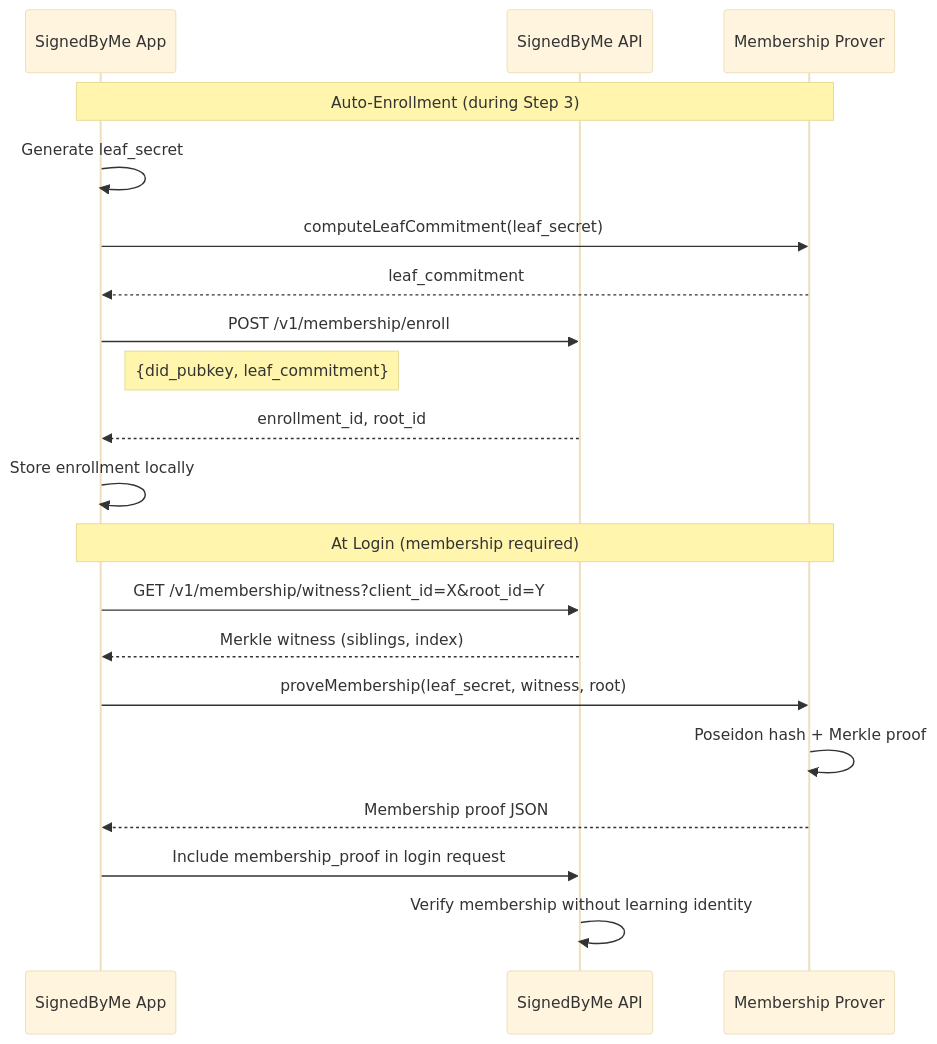
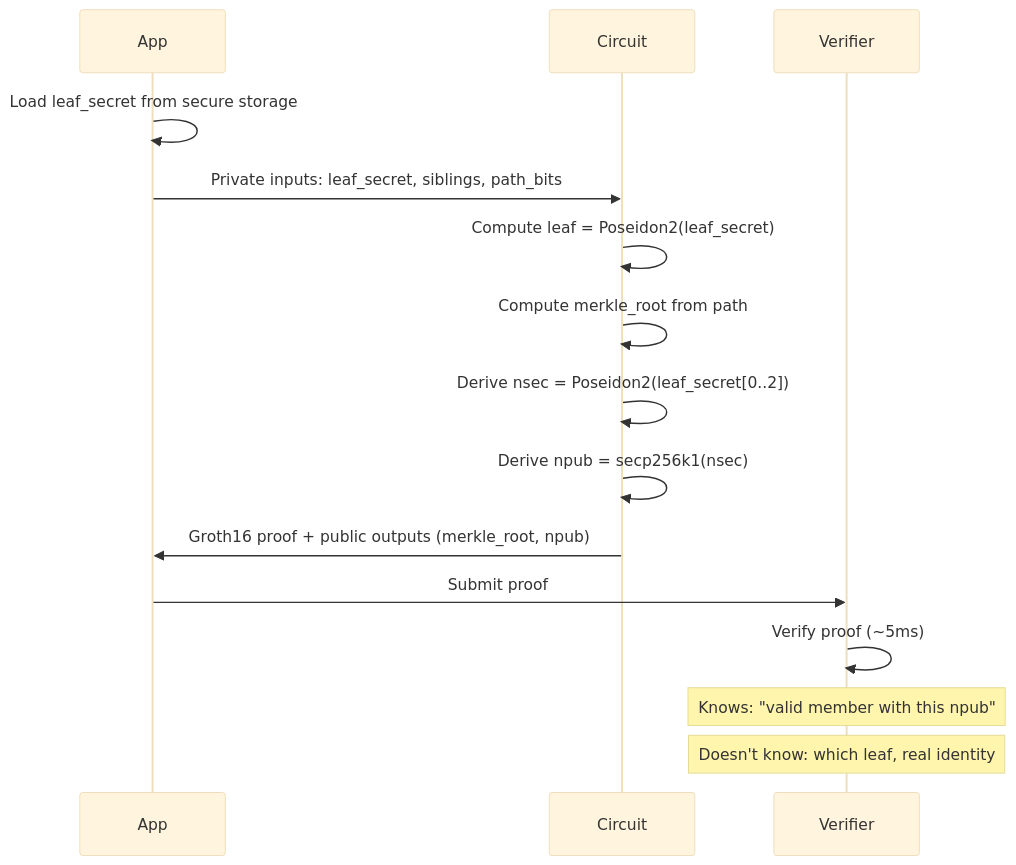
The third of 3 diagrams in README.md (PrivacyLion/btc-did), drawn with Mermaid (base theme) before and after one commit. The commit also changed other lines of this file, not shown here.

First line of the commit message:
Update README for Groth16 architecture

````diff
--- a/README.md
+++ b/README.md
@@ -122,24 +95,18 @@
 ```mermaid
 sequenceDiagram
-    participant App as SignedByMe App
-    participant API as SignedByMe API
-    participant Rust as Membership Prover
-
-    Note over App,Rust: Auto-Enrollment (during Step 3)
-    App->>App: Generate leaf_secret
-    App->>Rust: computeLeafCommitment(leaf_secret)
-    Rust-->>App: leaf_commitment
-    App->>API: POST /v1/membership/enroll
-    Note right of App: {did_pubkey, leaf_commitment}
-    API-->>App: enrollment_id, root_id
-    App->>App: Store enrollment locally
-
-    Note over App,Rust: At Login (membership required)
-    App->>API: GET /v1/membership/witness?client_id=X&root_id=Y
-    API-->>App: Merkle witness (siblings, index)
-    App->>Rust: proveMembership(leaf_secret, witness, root)
-    Rust->>Rust: Poseidon hash + Merkle proof
-    Rust-->>App: Membership proof JSON
-    App->>API: Include membership_proof in login request
-    API->>API: Verify membership without learning identity
+    participant App
+    participant Circuit
+    participant Verifier
+    
+    App->>App: Load leaf_secret from secure storage
+    App->>Circuit: Private inputs: leaf_secret, siblings, path_bits
+    Circuit->>Circuit: Compute leaf = Poseidon2(leaf_secret)
+    Circuit->>Circuit: Compute merkle_root from path
+    Circuit->>Circuit: Derive nsec = Poseidon2(leaf_secret[0..2])
+    Circuit->>Circuit: Derive npub = secp256k1(nsec)
+    Circuit->>App: Groth16 proof + public outputs (merkle_root, npub)
+    App->>Verifier: Submit proof
+    Verifier->>Verifier: Verify proof (~5ms)
+    Note over Verifier: Knows: "valid member with this npub"
+    Note over Verifier: Doesn't know: which leaf, real identity
 ```
````
